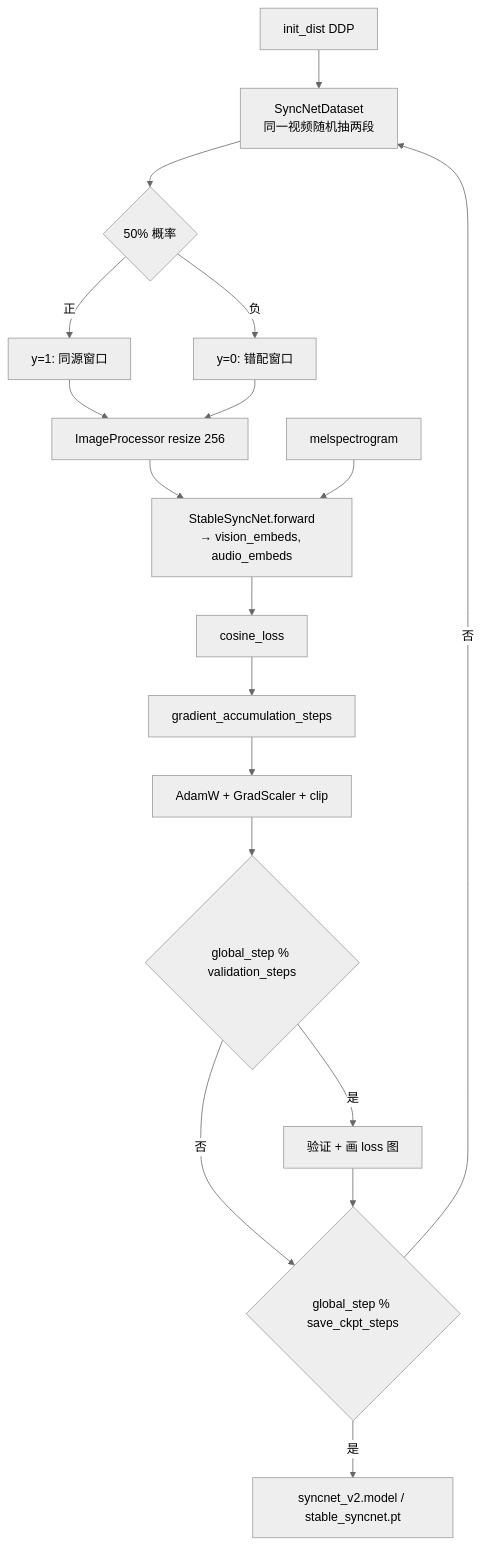
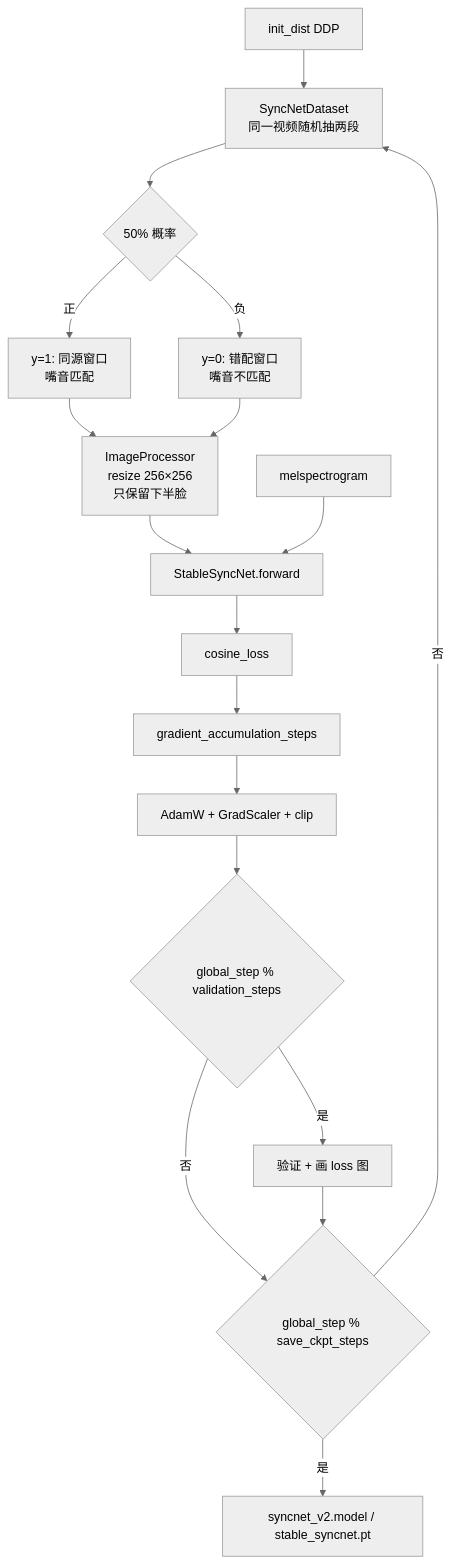
One commit to liudunxu/LatentSync changed the fifth of 11 diagrams in docs/training_pipeline.md. Above: the diagram before and after it, drawn with Mermaid (neutral theme). The commit also changed other lines of this file, not shown here.

````diff
--- a/docs/training_pipeline.md
+++ b/docs/training_pipeline.md
@@ -154,20 +262,20 @@
 ```mermaid
 flowchart TB
     S[init_dist DDP] --> L[SyncNetDataset<br/>同一视频随机抽两段]
     L --> P{50% 概率}
-    P -->|正| Y1[y=1: 同源窗口]
-    P -->|负| Y0[y=0: 错配窗口]
-    Y1 --> PROC[ImageProcessor resize 256]
+    P -->|正| Y1[y=1: 同源窗口<br/>嘴音匹配]
+    P -->|负| Y0[y=0: 错配窗口<br/>嘴音不匹配]
+    Y1 --> PROC[ImageProcessor<br/>resize 256×256<br/>只保留下半脸]
     Y0 --> PROC
-    PROC --> FWD[StableSyncNet.forward<br/>→ vision_embeds, audio_embeds]
+    PROC --> FWD[StableSyncNet.forward]
     MEL[melspectrogram] --> FWD
     FWD --> LOSS[cosine_loss]
     LOSS --> ACC[gradient_accumulation_steps]
     ACC --> OPT[AdamW + GradScaler + clip]
     OPT --> VAL{global_step % validation_steps}
     VAL -->|是| VR[验证 + 画 loss 图]
     VAL -->|否| CKPT
     VR --> CKPT{global_step % save_ckpt_steps}
     CKPT -->|是| SV[syncnet_v2.model / stable_syncnet.pt]
     CKPT -->|否| L
 ```
````
